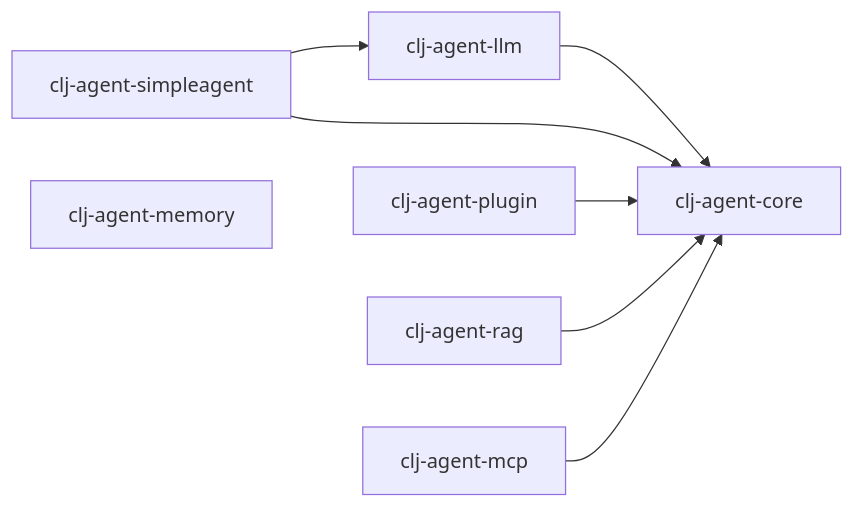
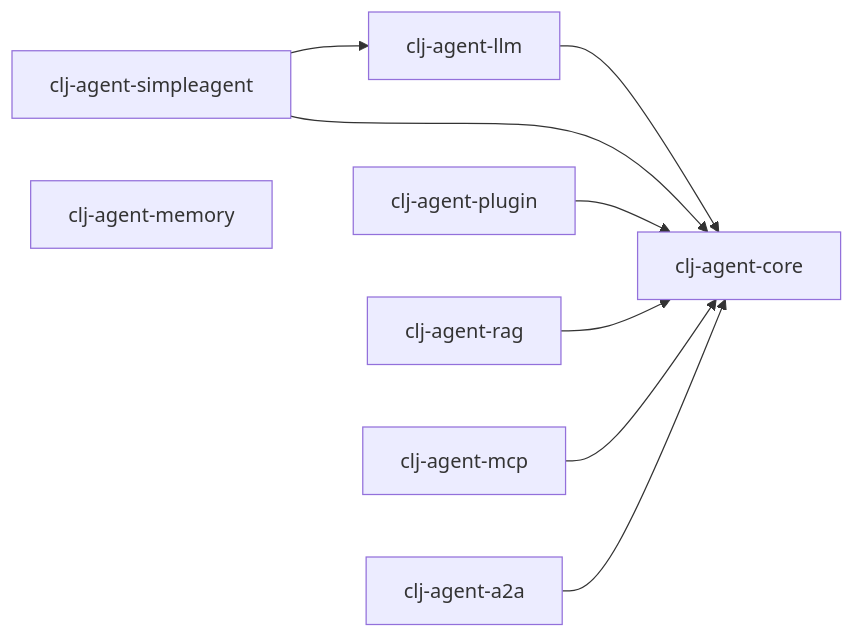
One commit to TTalkPro/clj-agent changed the diagram in modules/README.md. Above: the diagram before and after it, drawn with Mermaid. The commit also changed other lines of this file and 12 other files, not shown here.

````diff
--- a/modules/README.md
+++ b/modules/README.md
@@ -168,17 +190,19 @@
 ```mermaid
 graph LR
     core[clj-agent-core]
     llm[clj-agent-llm]
     sa[clj-agent-simpleagent]
     plugin[clj-agent-plugin]
     rag[clj-agent-rag]
     memory[clj-agent-memory]
     mcp[clj-agent-mcp]
+    a2a[clj-agent-a2a]
 
     llm --> core
     sa --> core
     sa --> llm
     plugin --> core
     rag --> core
     mcp --> core
+    a2a --> core
 ```
````
